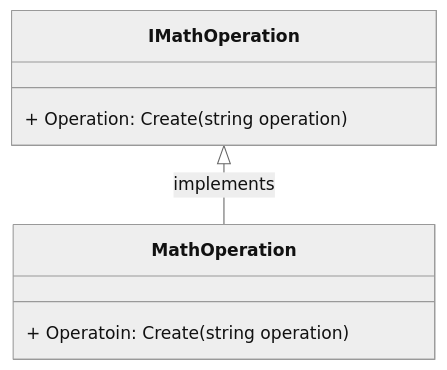
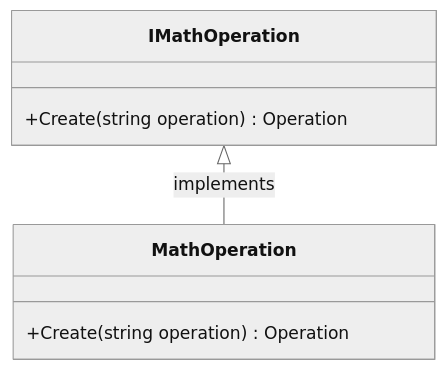
One commit to thistlehouse/gwcloud-training changed the third of 4 diagrams in DependencyInjection/ClassesDiagram.md. Above: the diagram before and after it, drawn with Mermaid (neutral theme). The commit also changed other lines of this file, not shown here.

Commit message:
changed order of return type

````diff
--- a/DependencyInjection/ClassesDiagram.md
+++ b/DependencyInjection/ClassesDiagram.md
@@ -62,12 +62,12 @@
 ```mermaid
 classDiagram
     class IMathOperation {
-        + Operation: Create(string operation)
+        +Create(string operation) Operation
     }
 
     class MathOperation {
-        + Operatoin: Create(string operation)
+        +Create(string operation) Operation
     }
 
     IMathOperation <|-- MathOperation : implements
 ```
````
